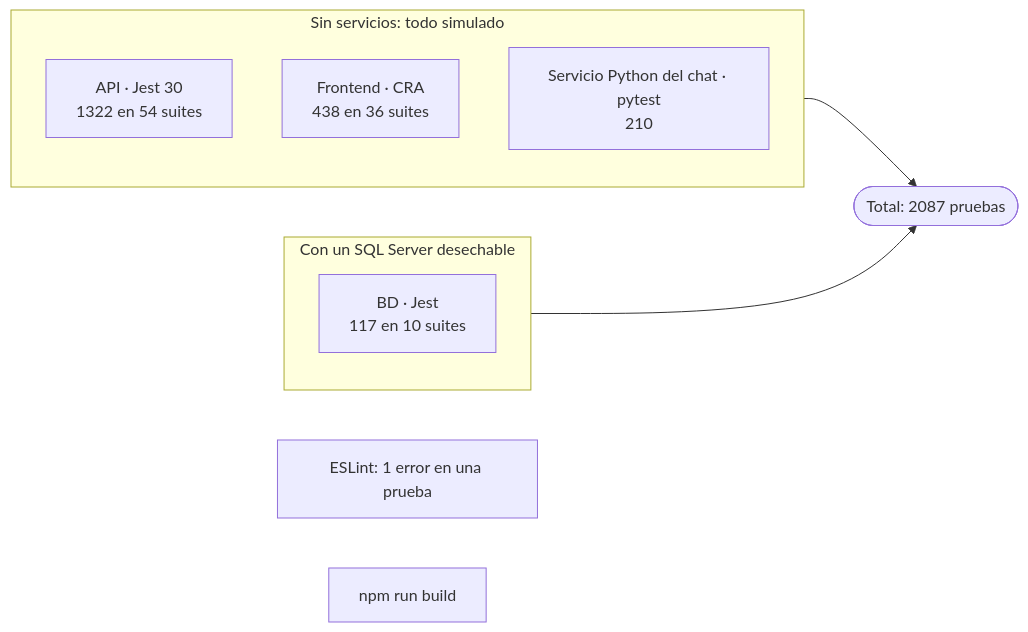
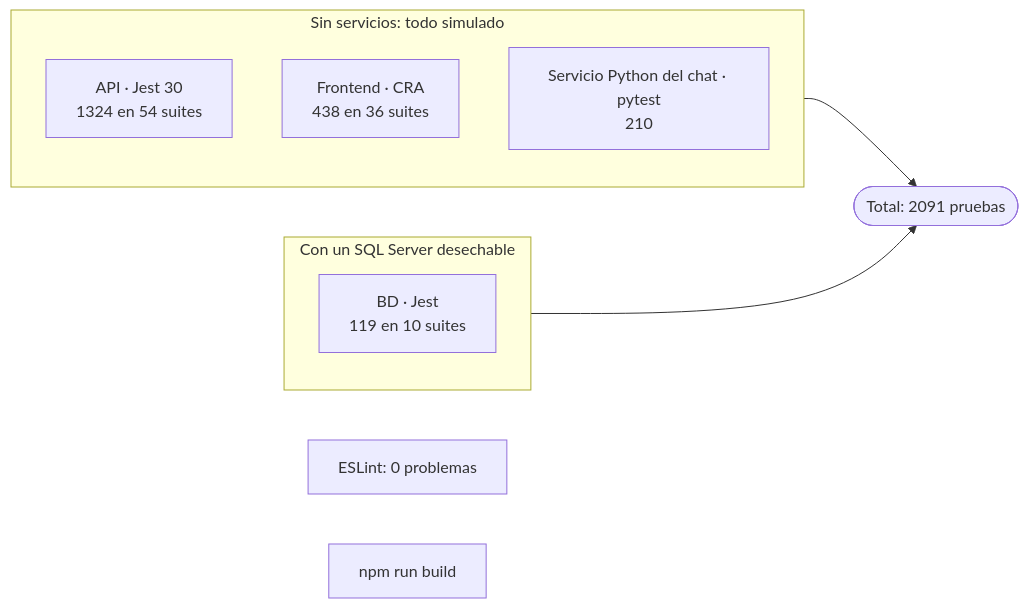
One commit to PabloP150/proyecto-is-cc6 changed the diagram in documentacion/07-guias/pruebas.md. Above: the diagram before and after it, drawn with Mermaid. The commit also changed other lines of this file and 55 other files, not shown here.

````diff
--- a/documentacion/07-guias/pruebas.md
+++ b/documentacion/07-guias/pruebas.md
@@ -5,15 +5,15 @@
 ```mermaid
 flowchart LR
     subgraph SIN["Sin servicios: todo simulado"]
-        API["API · Jest 30<br/>1322 en 54 suites"]
+        API["API · Jest 30<br/>1324 en 54 suites"]
         FE["Frontend · CRA<br/>438 en 36 suites"]
         PY["Servicio Python del chat · pytest<br/>210"]
     end
     subgraph CON["Con un SQL Server desechable"]
-        DB["BD · Jest<br/>117 en 10 suites"]
+        DB["BD · Jest<br/>119 en 10 suites"]
     end
-    SIN --> T(["Total: 2087 pruebas"])
+    SIN --> T(["Total: 2091 pruebas"])
     CON --> T
-    LINT["ESLint: 1 error en una prueba"]
+    LINT["ESLint: 0 problemas"]
     BUILD["npm run build"]
 ```
````
